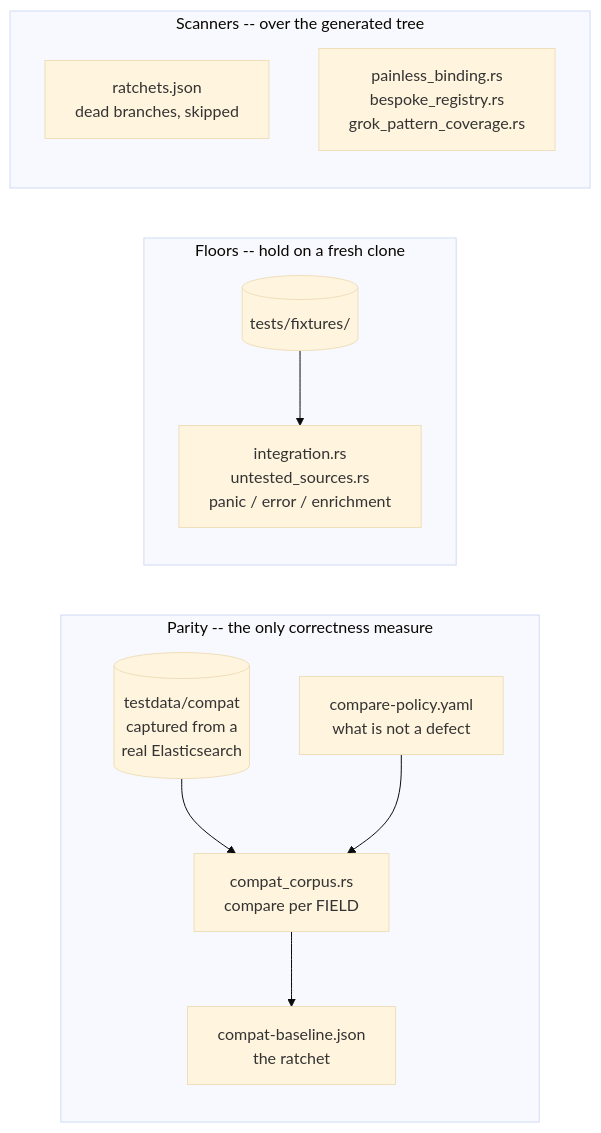
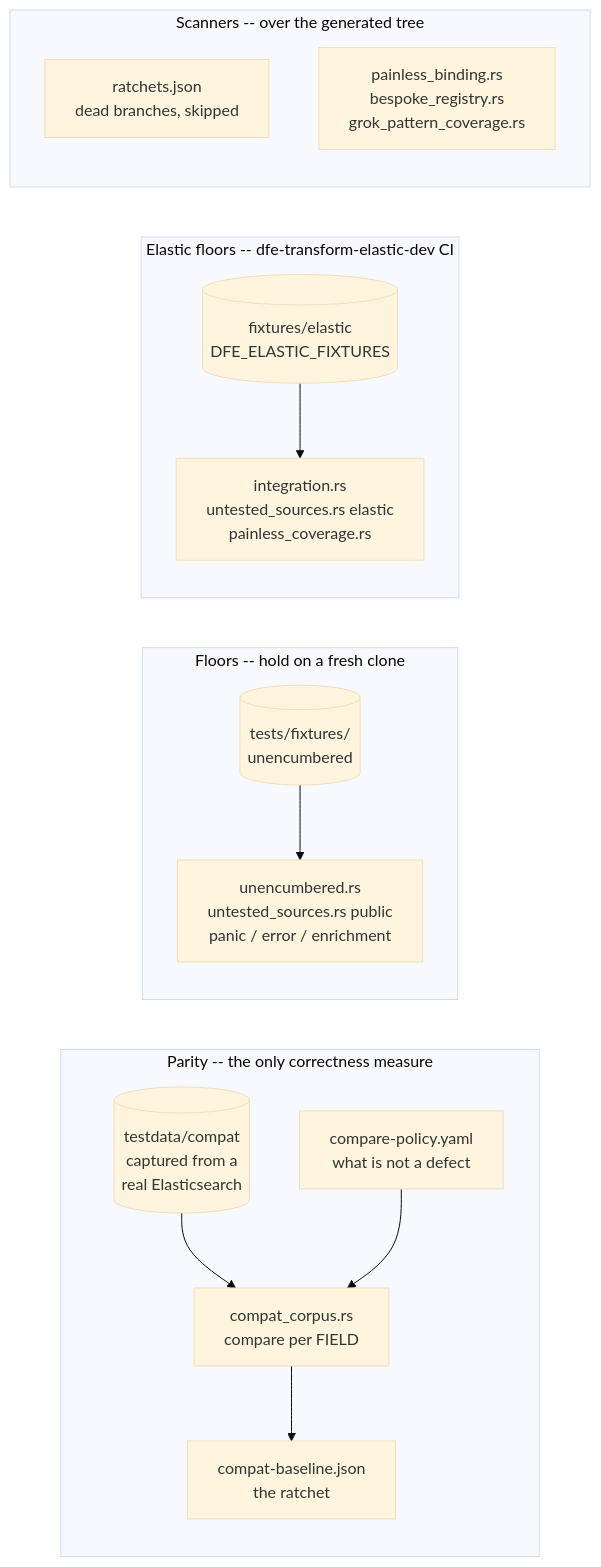
The diagram in docs/testing.md (hyperi-io/dfe-transform-elastic), drawn with Mermaid (base theme) before and after one commit. The commit also changed other lines of this file and 5433 other files, not shown here.

````diff
--- a/docs/testing.md
+++ b/docs/testing.md
@@ -10,24 +10,30 @@
 ```mermaid
 flowchart LR
     subgraph "Parity -- the only correctness measure"
         corpus[(testdata/compat<br/>captured from a<br/>real Elasticsearch)]
         cc[compat_corpus.rs<br/>compare per FIELD]
         policy[compare-policy.yaml<br/>what is not a defect]
         base[compat-baseline.json<br/>the ratchet]
     end
 
     subgraph "Floors -- hold on a fresh clone"
-        fixtures[(tests/fixtures/)]
-        floors[integration.rs<br/>untested_sources.rs<br/>panic / error / enrichment]
+        fixtures[(tests/fixtures/<br/>unencumbered)]
+        floors[unencumbered.rs<br/>untested_sources.rs public<br/>panic / error / enrichment]
+    end
+
+    subgraph "Elastic floors -- dfe-transform-elastic-dev CI"
+        elastic[(fixtures/elastic<br/>DFE_ELASTIC_FIXTURES)]
+        efloors[integration.rs<br/>untested_sources.rs elastic<br/>painless_coverage.rs]
     end
 
     subgraph "Scanners -- over the generated tree"
         ratchets[ratchets.json<br/>dead branches, skipped]
         binding[painless_binding.rs<br/>bespoke_registry.rs<br/>grok_pattern_coverage.rs]
     end
 
     corpus --> cc
     policy --> cc
     cc --> base
     fixtures --> floors
+    elastic --> efloors
 ```
````
